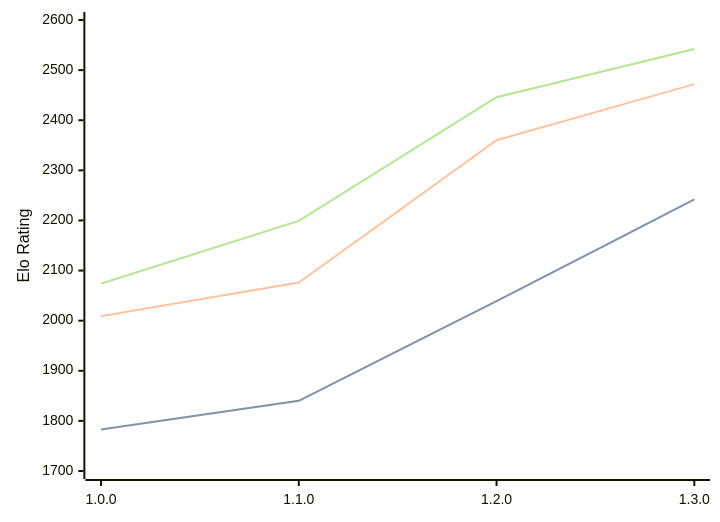
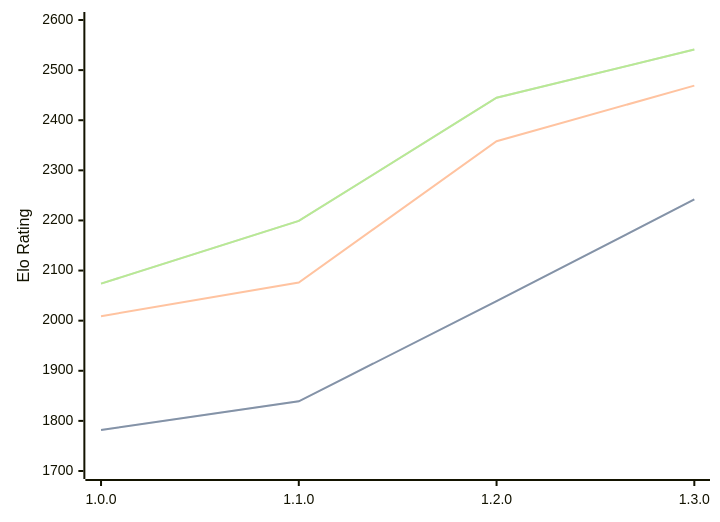
One commit to computer-chess-index/cci changed the diagram in engines/Anodos.md. Above: the diagram before and after it, drawn with Mermaid. The commit also changed other lines of this file, not shown here.

Commit message:
Update CCI Ratings (ELO VLTC) - 2026-03-04

````diff
--- a/engines/Anodos.md
+++ b/engines/Anodos.md
@@ -43,11 +43,11 @@
 ```mermaid
 %%{init: {"theme":"base","themeVariables":{"seriesColors:['#a3a3a3','#222221','#faa371']}}}%%
 xychart-beta
   x-axis ["1.0.0", "1.1.0", "1.2.0", "1.3.0"]
   y-axis "Elo Rating" 1700 --> 2600
-  line "STC (8.0+0.08s)" [1783, 1840, 2039, 2242]
-  line "STC (8.0+0.08s)" [1783, 1840, 2039, 2242]
-  line "LTC (60.0+0.60s)" [2009, 2076, 2360, 2472]
-  line "VLTC (2m24s+1.12s)" [2074, 2199, 2446, 2542]
-  line "VLTC (2m24s+1.12s)" [2074, 2199, 2446, 2542]
+  line "STC (8.0+0.08s)" [1782, 1839, 2039, 2242]
+  line "STC (8.0+0.08s)" [1782, 1839, 2039, 2242]
+  line "LTC (60.0+0.60s)" [2009, 2076, 2358, 2469]
+  line "VLTC (2m24s+1.12s)" [2074, 2199, 2445, 2541]
+  line "VLTC (2m24s+1.12s)" [2074, 2199, 2445, 2541]
 ```
````
